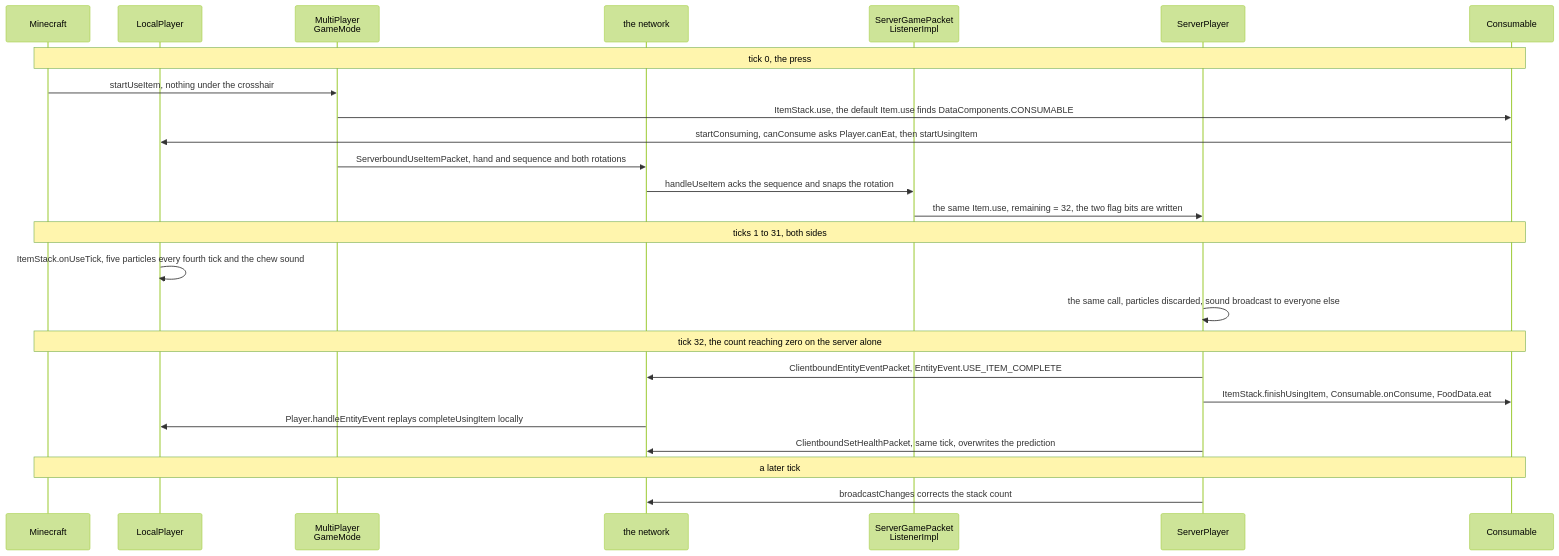
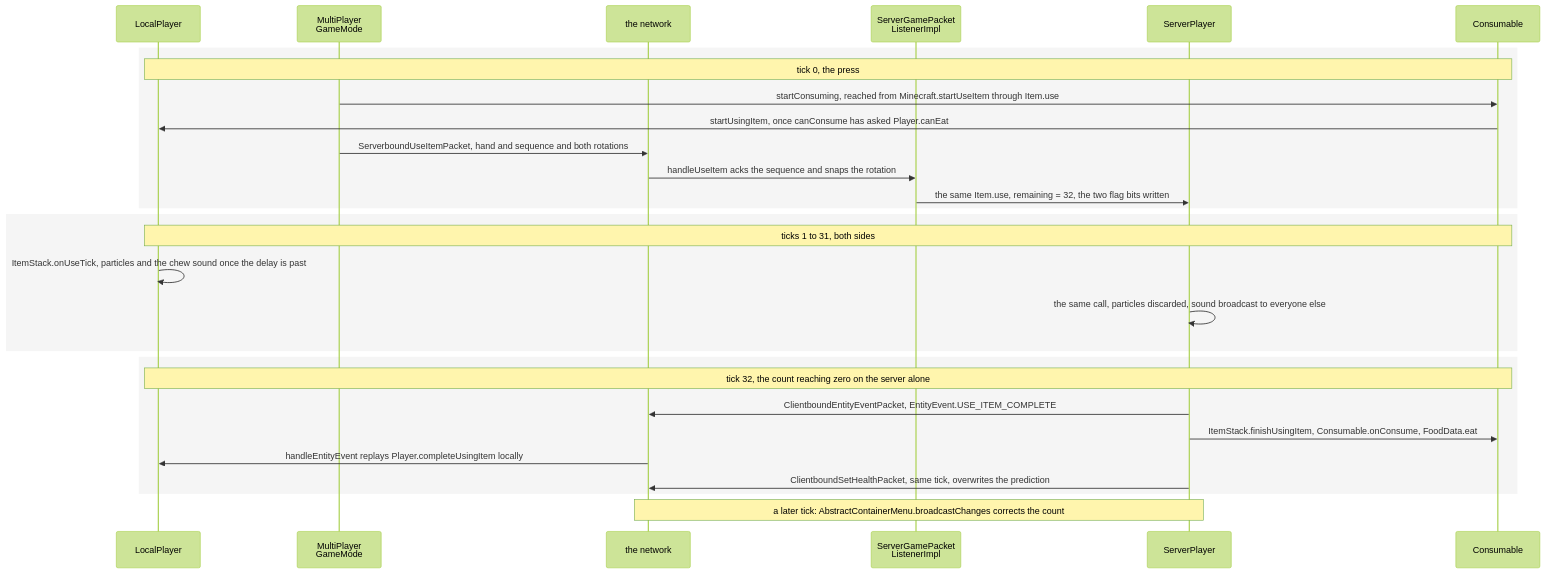
The third of 4 diagrams in src/systems/items/using-an-item.md (AlexanderjFraser/MinecraftDocs), drawn with Mermaid (forest theme) before and after one commit. The commit also changed other lines of this file and 19 other files, not shown here.

````diff
--- a/src/systems/items/using-an-item.md
+++ b/src/systems/items/using-an-item.md
@@ -272,28 +298,31 @@
 ```mermaid
 sequenceDiagram
-    participant MC as Minecraft
     participant LP as LocalPlayer
     participant MPGM as MultiPlayer<br/>GameMode
     participant Wire as the network
     participant SGPL as ServerGamePacket<br/>ListenerImpl
     participant SP as ServerPlayer
     participant Cons as Consumable
 
-    Note over MC,Cons: tick 0, the press
-    MC->>MPGM: startUseItem, nothing under the crosshair
-    MPGM->>Cons: ItemStack.use, the default Item.use finds DataComponents.CONSUMABLE
-    Cons->>LP: startConsuming, canConsume asks Player.canEat, then startUsingItem
-    MPGM->>Wire: ServerboundUseItemPacket, hand and sequence and both rotations
-    Wire->>SGPL: handleUseItem acks the sequence and snaps the rotation
-    SGPL->>SP: the same Item.use, remaining = 32, the two flag bits are written
-    Note over MC,Cons: ticks 1 to 31, both sides
-    LP->>LP: ItemStack.onUseTick, five particles every fourth tick and the chew sound
-    SP->>SP: the same call, particles discarded, sound broadcast to everyone else
-    Note over MC,Cons: tick 32, the count reaching zero on the server alone
-    SP->>Wire: ClientboundEntityEventPacket, EntityEvent.USE_ITEM_COMPLETE
-    SP->>Cons: ItemStack.finishUsingItem, Consumable.onConsume, FoodData.eat
-    Wire->>LP: Player.handleEntityEvent replays completeUsingItem locally
-    SP->>Wire: ClientboundSetHealthPacket, same tick, overwrites the prediction
-    Note over MC,Cons: a later tick
-    SP->>Wire: broadcastChanges corrects the stack count
+    rect rgba(0, 0, 0, 0.04)
+        Note over LP,Cons: tick 0, the press
+        MPGM->>Cons: startConsuming, reached from Minecraft.startUseItem through Item.use
+        Cons->>LP: startUsingItem, once canConsume has asked Player.canEat
+        MPGM->>Wire: ServerboundUseItemPacket, hand and sequence and both rotations
+        Wire->>SGPL: handleUseItem acks the sequence and snaps the rotation
+        SGPL->>SP: the same Item.use, remaining = 32, the two flag bits written
+    end
+    rect rgba(0, 0, 0, 0.04)
+        Note over LP,Cons: ticks 1 to 31, both sides
+        LP->>LP: ItemStack.onUseTick, particles and the chew sound once the delay is past
+        SP->>SP: the same call, particles discarded, sound broadcast to everyone else
+    end
+    rect rgba(0, 0, 0, 0.04)
+        Note over LP,Cons: tick 32, the count reaching zero on the server alone
+        SP->>Wire: ClientboundEntityEventPacket, EntityEvent.USE_ITEM_COMPLETE
+        SP->>Cons: ItemStack.finishUsingItem, Consumable.onConsume, FoodData.eat
+        Wire->>LP: handleEntityEvent replays Player.completeUsingItem locally
+        SP->>Wire: ClientboundSetHealthPacket, same tick, overwrites the prediction
+    end
+    Note over Wire,SP: a later tick: AbstractContainerMenu.broadcastChanges corrects the count
 ```
````
